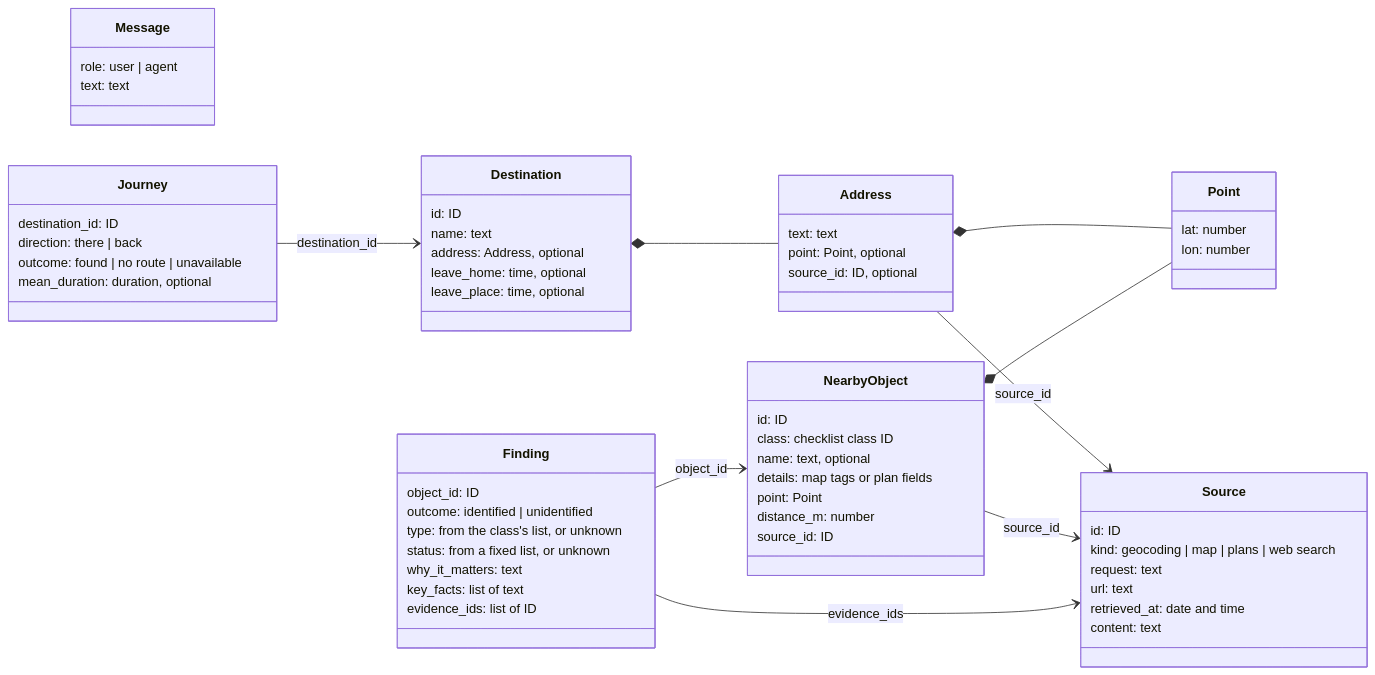
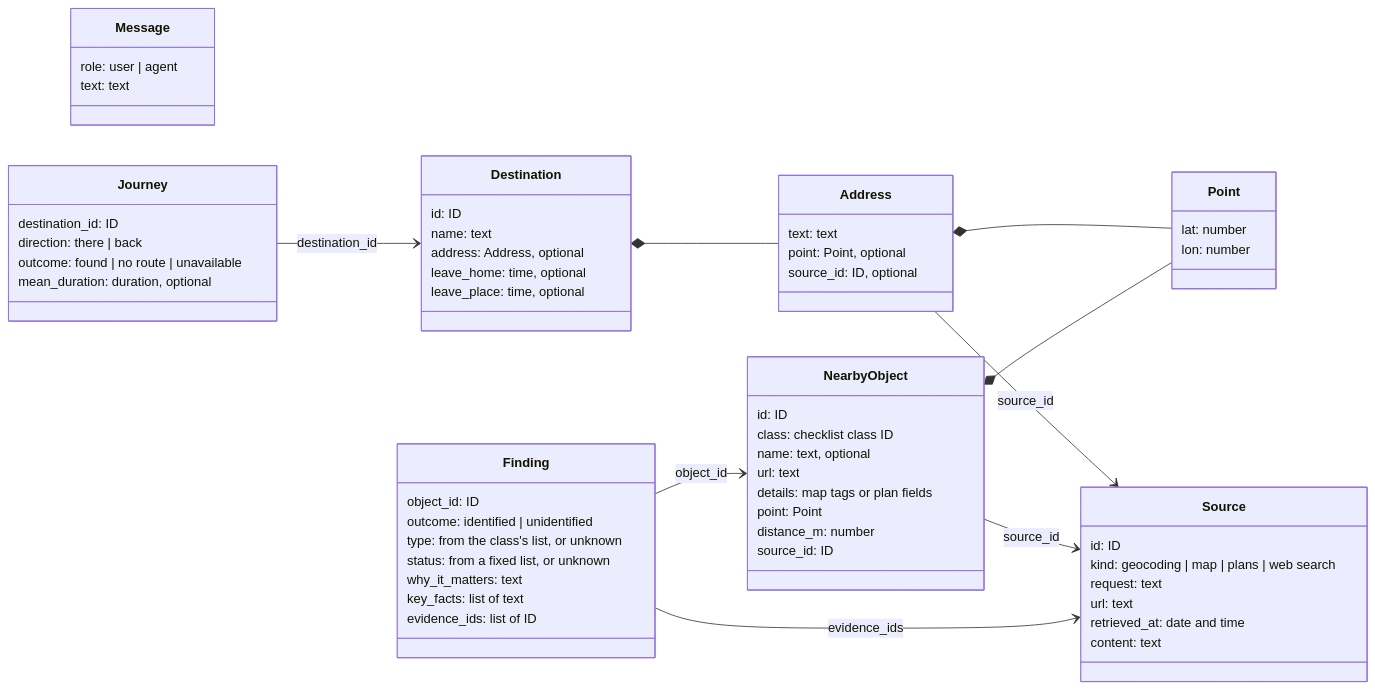
Before and after one commit to avashchenkov/out-of-frame: the second of 2 diagrams in docs/architecture.md, drawn with Mermaid. The commit also changed other lines of this file, not shown here.

````diff
--- a/docs/architecture.md
+++ b/docs/architecture.md
@@ -215,64 +216,65 @@
 ```mermaid
 classDiagram
     direction LR
     class Message {
         role: user | agent
         text: text
     }
     class Address {
         text: text
         point: Point, optional
         source_id: ID, optional
     }
     class Point {
         lat: number
         lon: number
     }
     class Destination {
         id: ID
         name: text
         address: Address, optional
         leave_home: time, optional
         leave_place: time, optional
     }
     class Source {
         id: ID
         kind: geocoding | map | plans | web search
         request: text
         url: text
         retrieved_at: date and time
         content: text
     }
     class NearbyObject {
         id: ID
         class: checklist class ID
         name: text, optional
+        url: text
         details: map tags or plan fields
         point: Point
         distance_m: number
         source_id: ID
     }
     class Finding {
         object_id: ID
         outcome: identified | unidentified
         type: from the class's list, or unknown
         status: from a fixed list, or unknown
         why_it_matters: text
         key_facts: list of text
         evidence_ids: list of ID
     }
     class Journey {
         destination_id: ID
         direction: there | back
         outcome: found | no route | unavailable
         mean_duration: duration, optional
     }
     Destination *-- Address
     Address *-- Point
     Address --> Source : source_id
     NearbyObject *-- Point
     NearbyObject --> Source : source_id
     Finding --> NearbyObject : object_id
     Finding --> Source : evidence_ids
     Journey --> Destination : destination_id
 ```
````
